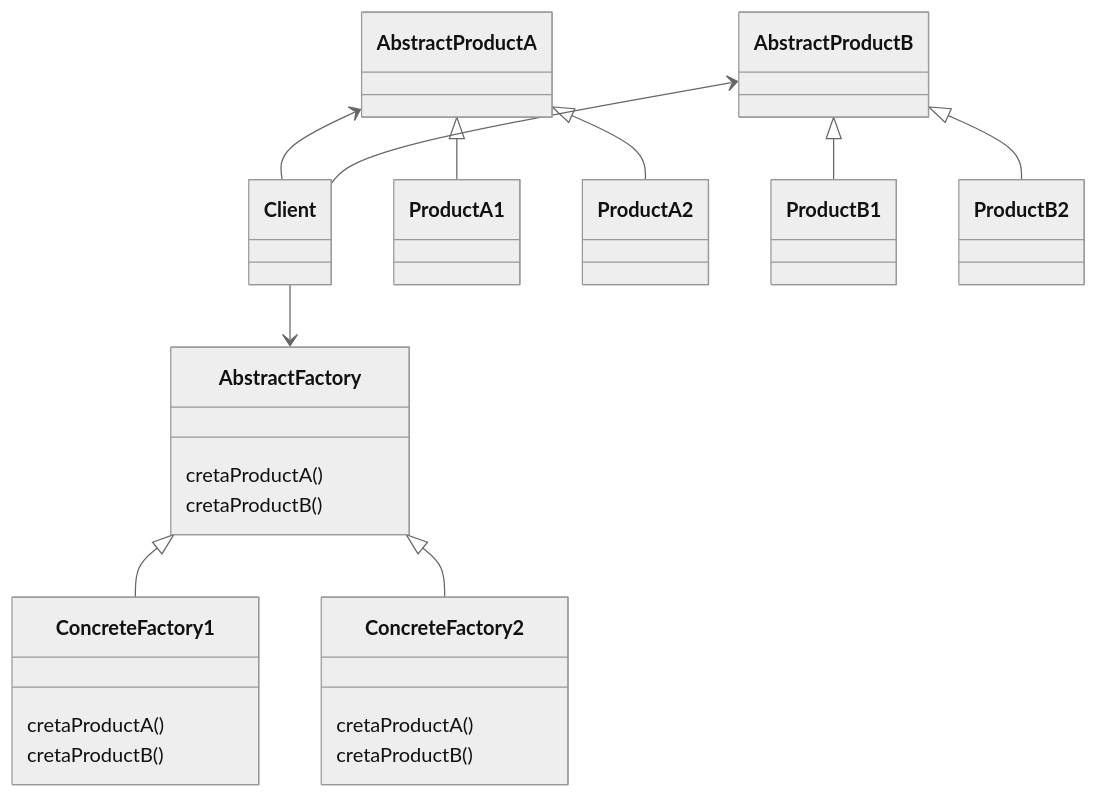
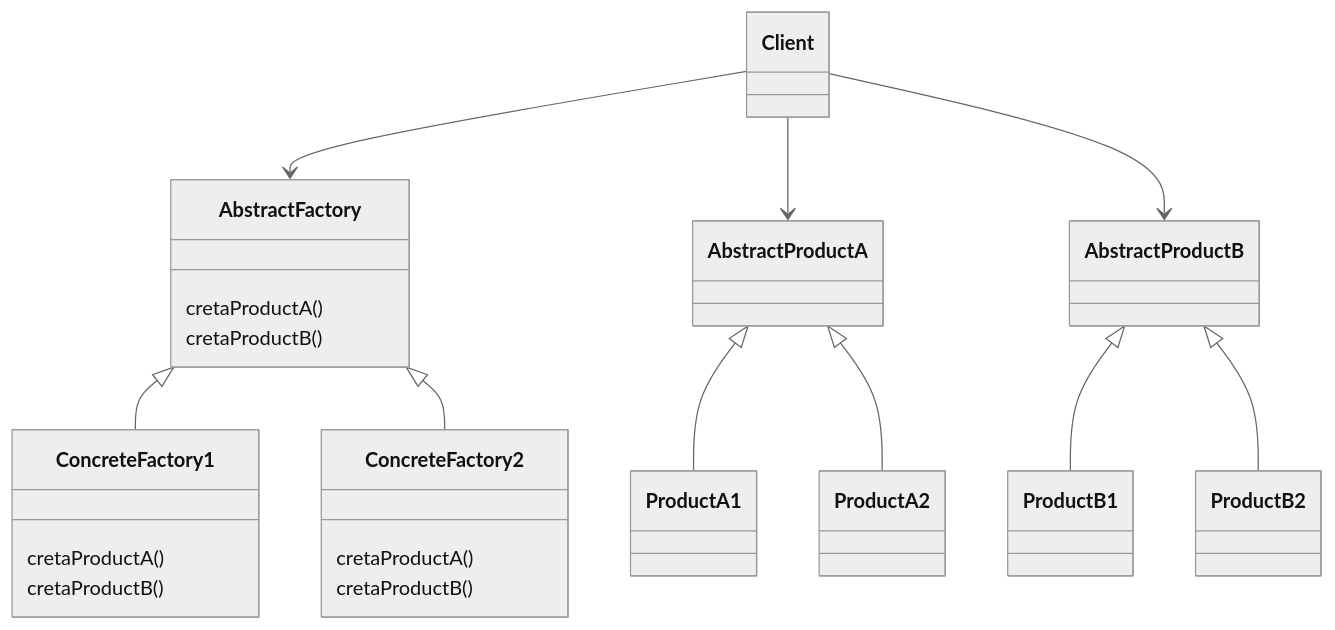
Before and after one commit to AhmedGharib0014/design_pattern_practice: the third of 3 diagrams in design_pattern_practice/src/creational/factory/readme.md, drawn with Mermaid (neutral theme).

Commit message:
refactor :readme factory design pattern

````diff
--- a/design_pattern_practice/src/creational/factory/readme.md
+++ b/design_pattern_practice/src/creational/factory/readme.md
@@ -70,28 +70,28 @@
 ```mermaid
  classDiagram
     Client -->  AbstractFactory 
-    AbstractProductA <-- Client
-    AbstractProductB <-- Client
+    Client -->  AbstractProductA 
+    Client -->  AbstractProductB 
     AbstractFactory <|-- ConcreteFactory1
     AbstractFactory <|-- ConcreteFactory2
     AbstractProductA <|-- ProductA1
     AbstractProductA <|-- ProductA2
     AbstractProductB <|-- ProductB1
     AbstractProductB <|-- ProductB2
     
     class AbstractFactory {
      cretaProductA()
      cretaProductB()
     } 
     
     class ConcreteFactory1 {
      cretaProductA()
      cretaProductB()
     }
     
     class ConcreteFactory2 {
      cretaProductA()
      cretaProductB()
     }
     
 ```
````
